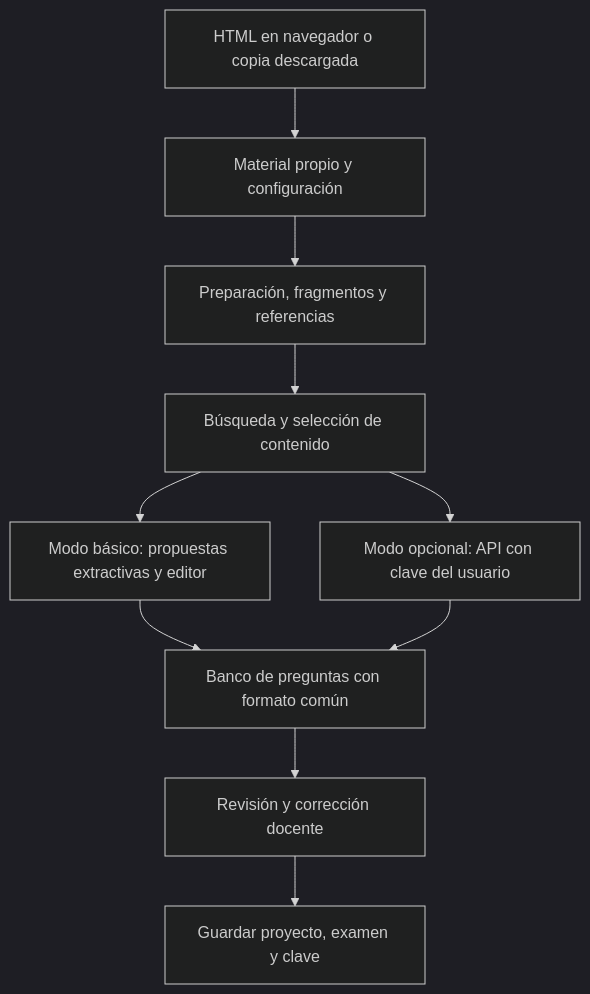
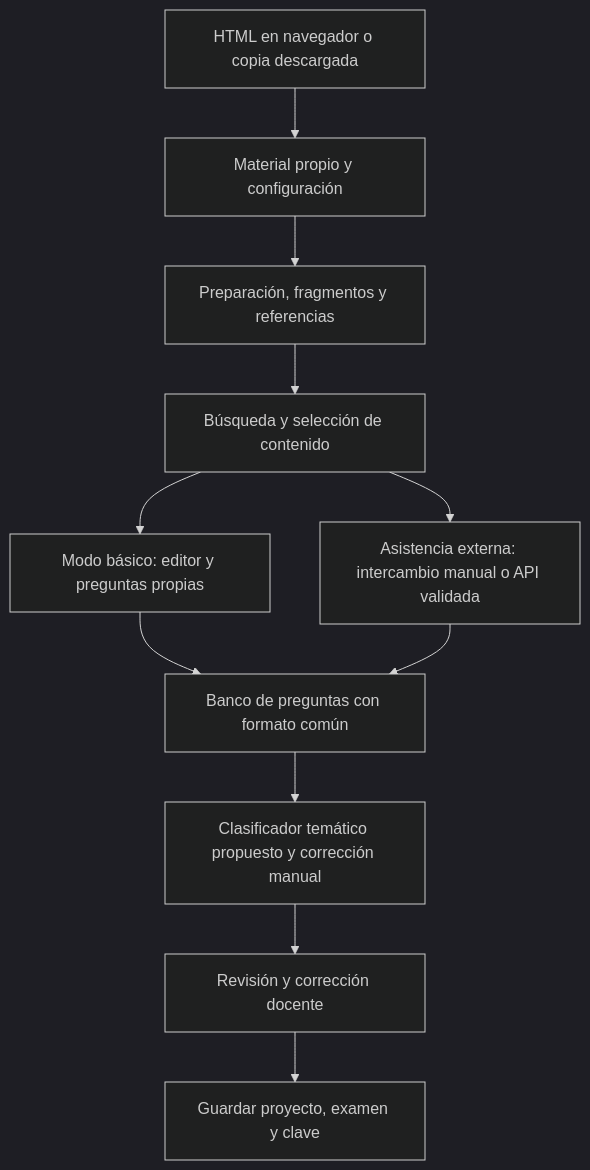
The diagram in DECISIONES_Y_OPCIONES.md (lucasditomase/Proyecto-Integrador-de-IA), drawn with Mermaid (dark theme) before and after one commit. The commit also changed 8 other files, not shown here.

````diff
--- a/DECISIONES_Y_OPCIONES.md
+++ b/DECISIONES_Y_OPCIONES.md
@@ -56,12 +56,13 @@
 ```mermaid
 flowchart TD
     A[HTML en navegador o copia descargada] --> B[Material propio y configuración]
     B --> C[Preparación, fragmentos y referencias]
     C --> D[Búsqueda y selección de contenido]
-    D --> E[Modo básico: propuestas extractivas y editor]
-    D --> F[Modo opcional: API con clave del usuario]
+    D --> E[Modo básico: editor y preguntas propias]
+    D --> F[Asistencia externa: intercambio manual o API validada]
     E --> G[Banco de preguntas con formato común]
     F --> G
-    G --> H[Revisión y corrección docente]
+    G --> T[Clasificador temático propuesto y corrección manual]
+    T --> H[Revisión y corrección docente]
     H --> I[Guardar proyecto, examen y clave]
 ```
````
